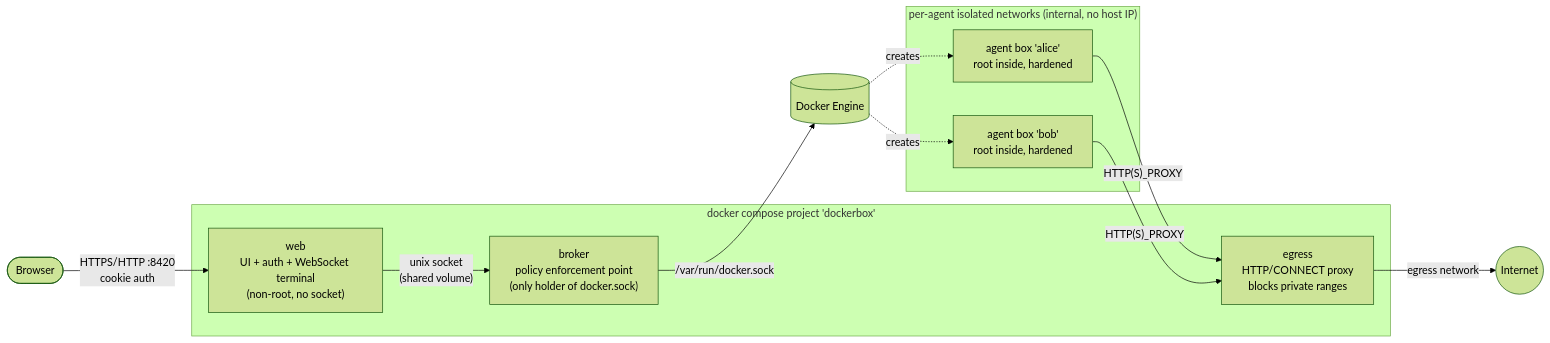
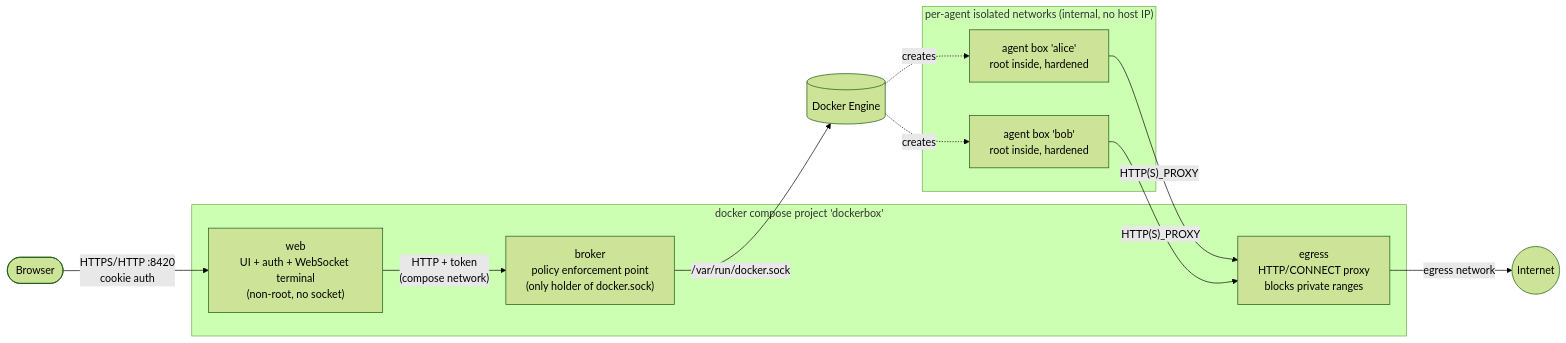
Before and after one commit to Pyzyi/dockerbox: the diagram in docs/architecture.md, drawn with Mermaid (forest theme). The commit also changed other lines of this file and 17 other files, not shown here.

````diff
--- a/docs/architecture.md
+++ b/docs/architecture.md
@@ -23,24 +23,24 @@
 ```mermaid
 flowchart LR
     user([Browser]) -- "HTTPS/HTTP :8420<br/>cookie auth" --> web
 
     subgraph compose["docker compose project 'dockerbox'"]
         web["web<br/>UI + auth + WebSocket terminal<br/>(non-root, no socket)"]
         broker["broker<br/>policy enforcement point<br/>(only holder of docker.sock)"]
         egress["egress<br/>HTTP/CONNECT proxy<br/>blocks private ranges"]
     end
 
-    web -- "unix socket<br/>(shared volume)" --> broker
+    web -- "HTTP + token<br/>(compose network)" --> broker
     broker -- "/var/run/docker.sock" --> dockerd[(Docker Engine)]
 
     subgraph agents["per-agent isolated networks (internal, no host IP)"]
         a1["agent box 'alice'<br/>root inside, hardened"]
         a2["agent box 'bob'<br/>root inside, hardened"]
     end
 
     dockerd -. creates .-> a1
     dockerd -. creates .-> a2
     a1 -- "HTTP(S)_PROXY" --> egress
     a2 -- "HTTP(S)_PROXY" --> egress
     egress -- "egress network" --> internet((Internet))
 ```
````
